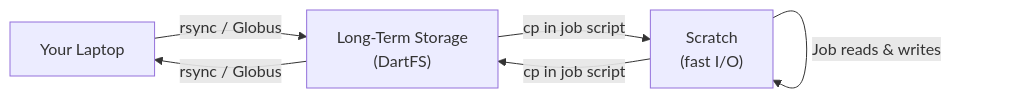
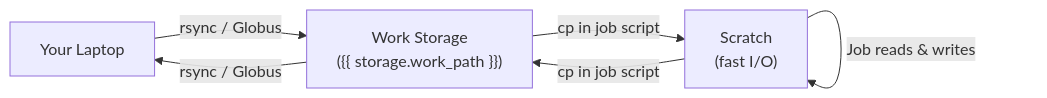
One commit to dartmouth/dartmouth-hpc-cookbook changed the diagram in docs/fundamentals/data-transfer.md. Above: the diagram before and after it, drawn with Mermaid. The commit also changed other lines of this file and 497 other files, not shown here.

````diff
--- a/docs/fundamentals/data-transfer.md
+++ b/docs/fundamentals/data-transfer.md
@@ -117,8 +117,8 @@
 ```mermaid
 flowchart LR
-    A["Your Laptop"] -->|"rsync / Globus"| B["Long-Term Storage\n(DartFS)"]
+    A["Your Laptop"] -->|"rsync / Globus"| B["Work Storage\n({{ storage.work_path }})"]
     B -->|"cp in job script"| C["Scratch\n(fast I/O)"]
     C -->|"Job reads & writes"| C
     C -->|"cp in job script"| B
     B -->|"rsync / Globus"| A
 ```
````
